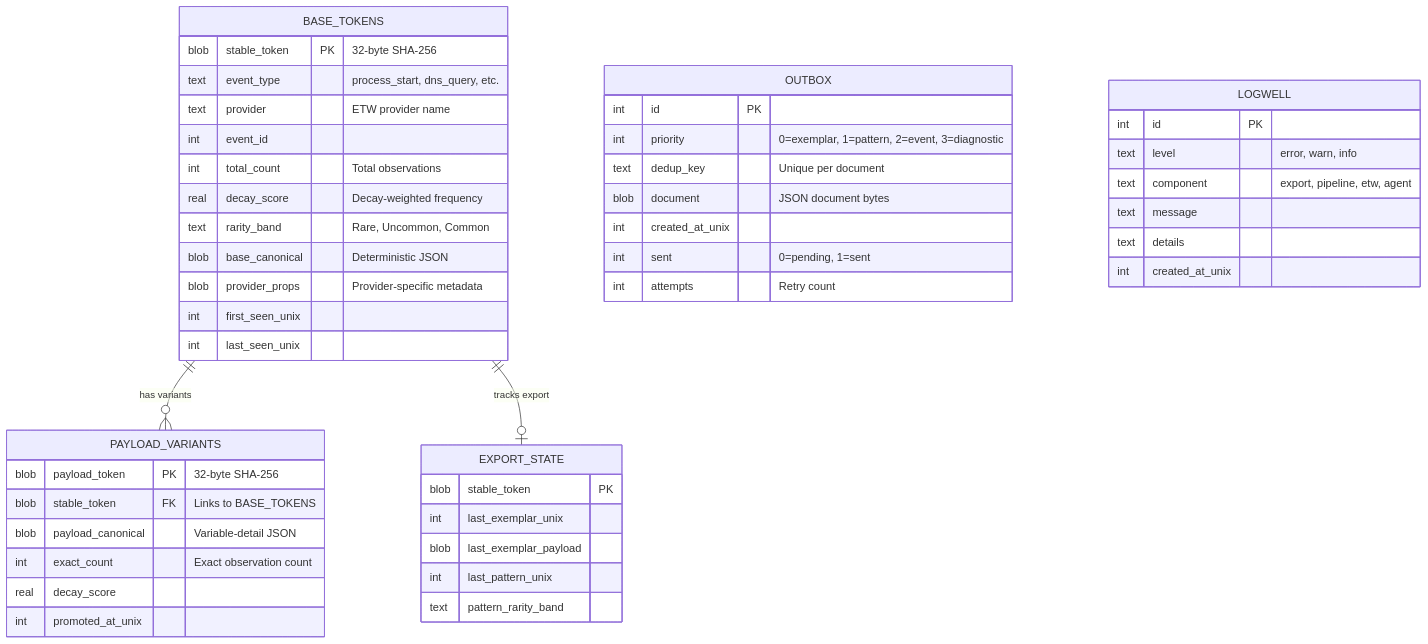
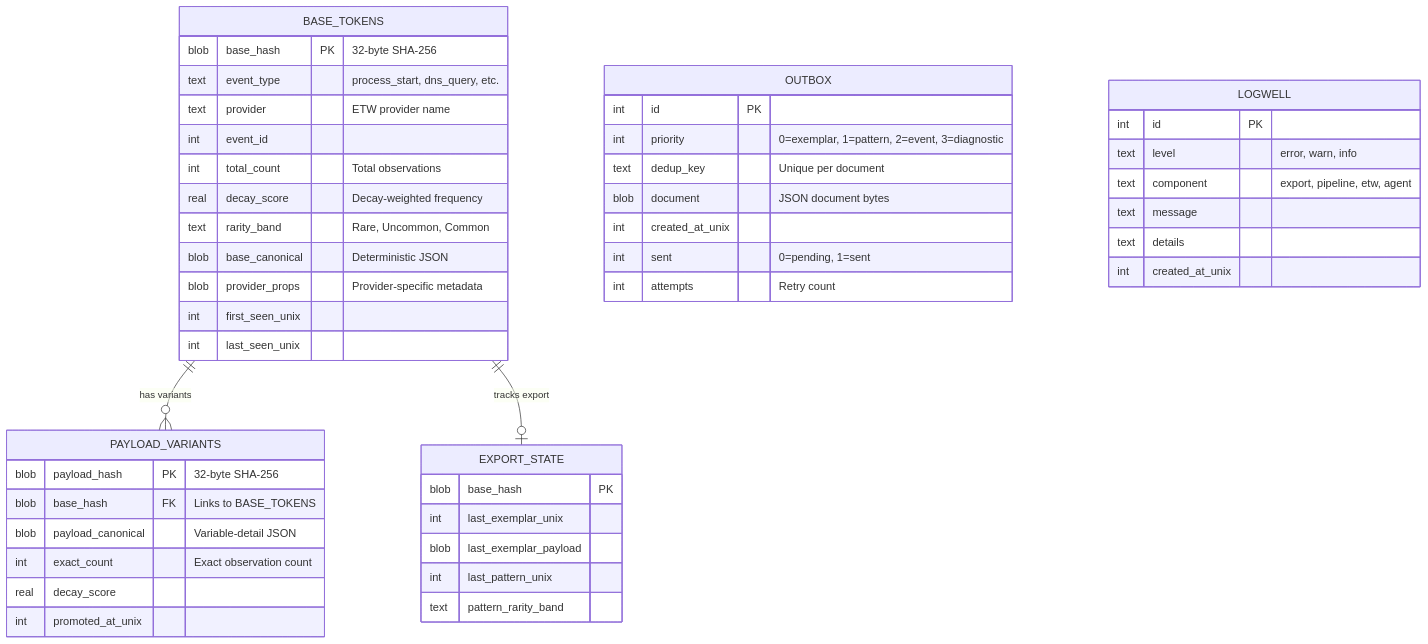
The sixth of 10 diagrams in LongHorizons/ARCHITECTURE.md (LongHorizons/WindOH), drawn with Mermaid before and after one commit. The commit also changed other lines of this file and 7 other files, not shown here.

````diff
--- a/LongHorizons/ARCHITECTURE.md
+++ b/LongHorizons/ARCHITECTURE.md
@@ -250,55 +250,55 @@
 ```mermaid
 erDiagram
     BASE_TOKENS {
-        blob stable_token PK "32-byte SHA-256"
+        blob base_hash PK "32-byte SHA-256"
         text event_type "process_start, dns_query, etc."
         text provider "ETW provider name"
         int event_id
         int total_count "Total observations"
         real decay_score "Decay-weighted frequency"
         text rarity_band "Rare, Uncommon, Common"
         blob base_canonical "Deterministic JSON"
         blob provider_props "Provider-specific metadata"
         int first_seen_unix
         int last_seen_unix
     }
 
     PAYLOAD_VARIANTS {
-        blob payload_token PK "32-byte SHA-256"
-        blob stable_token FK "Links to BASE_TOKENS"
+        blob payload_hash PK "32-byte SHA-256"
+        blob base_hash FK "Links to BASE_TOKENS"
         blob payload_canonical "Variable-detail JSON"
         int exact_count "Exact observation count"
         real decay_score
         int promoted_at_unix
     }
 
     OUTBOX {
         int id PK
         int priority "0=exemplar, 1=pattern, 2=event, 3=diagnostic"
         text dedup_key "Unique per document"
         blob document "JSON document bytes"
         int created_at_unix
         int sent "0=pending, 1=sent"
         int attempts "Retry count"
     }
 
     LOGWELL {
         int id PK
         text level "error, warn, info"
         text component "export, pipeline, etw, agent"
         text message
         text details
         int created_at_unix
     }
 
     EXPORT_STATE {
-        blob stable_token PK
+        blob base_hash PK
         int last_exemplar_unix
         blob last_exemplar_payload
         int last_pattern_unix
         text pattern_rarity_band
     }
 
     BASE_TOKENS ||--o{ PAYLOAD_VARIANTS : "has variants"
     BASE_TOKENS ||--o| EXPORT_STATE : "tracks export"
 ```
````
